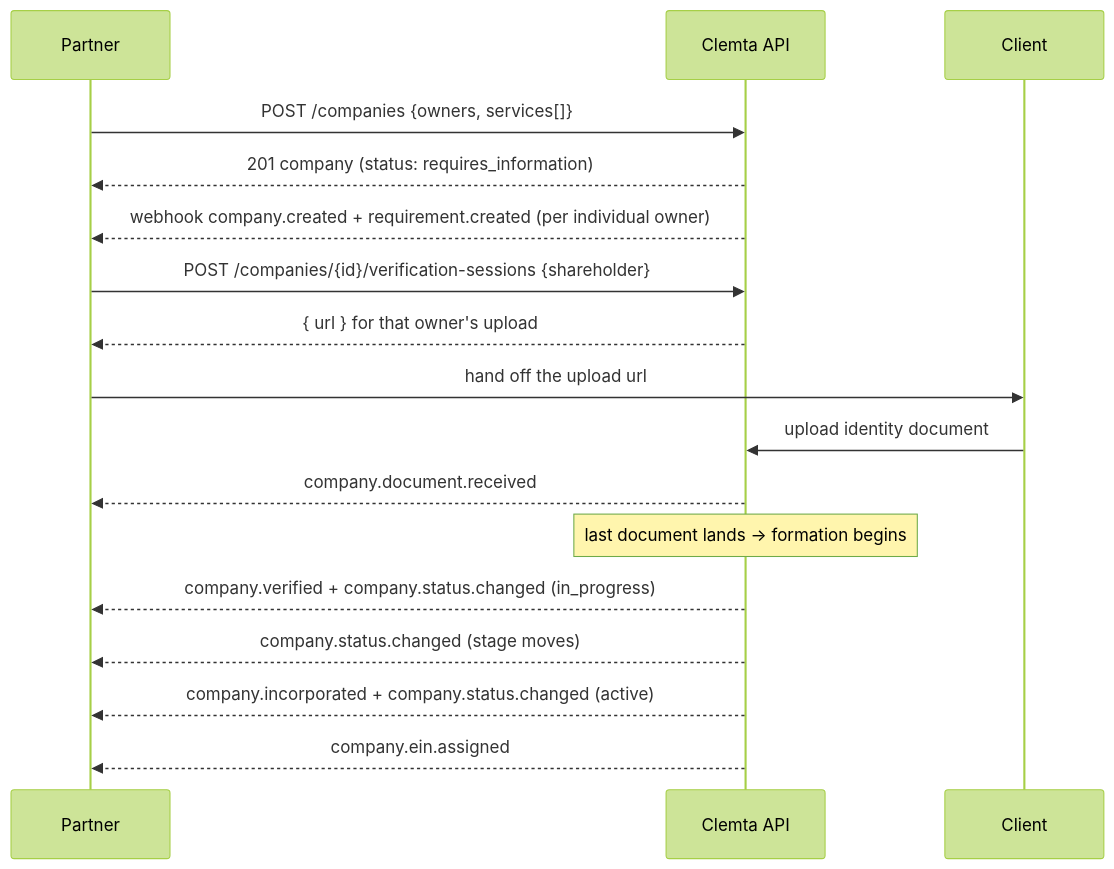
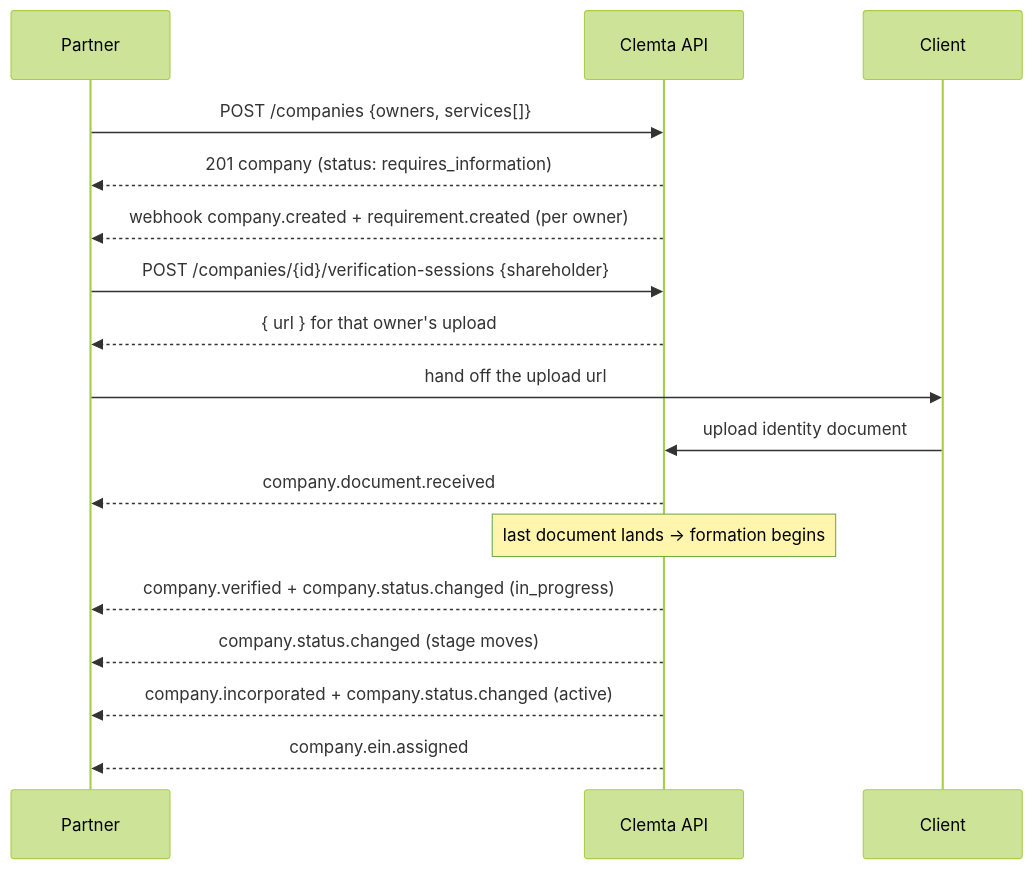
The first of 2 diagrams in partner/company-lifecycle.mdx (Clemta/docs), drawn with Mermaid (forest theme) before and after one commit. The commit also changed other lines of this file and 5 other files, not shown here.

````diff
--- a/partner/company-lifecycle.mdx
+++ b/partner/company-lifecycle.mdx
@@ -74,19 +74,19 @@
 ```mermaid
 sequenceDiagram
   participant P as Partner
   participant API as Clemta API
   participant C as Client
   P->>API: POST /companies {owners, services[]}
   API-->>P: 201 company (status: requires_information)
-  API-->>P: webhook company.created + requirement.created (per individual owner)
+  API-->>P: webhook company.created + requirement.created (per owner)
   P->>API: POST /companies/{id}/verification-sessions {shareholder}
   API-->>P: { url } for that owner's upload
   P->>C: hand off the upload url
   C->>API: upload identity document
   API-->>P: company.document.received
   Note over API: last document lands -> formation begins
   API-->>P: company.verified + company.status.changed (in_progress)
   API-->>P: company.status.changed (stage moves)
   API-->>P: company.incorporated + company.status.changed (active)
   API-->>P: company.ein.assigned
 ```
````
